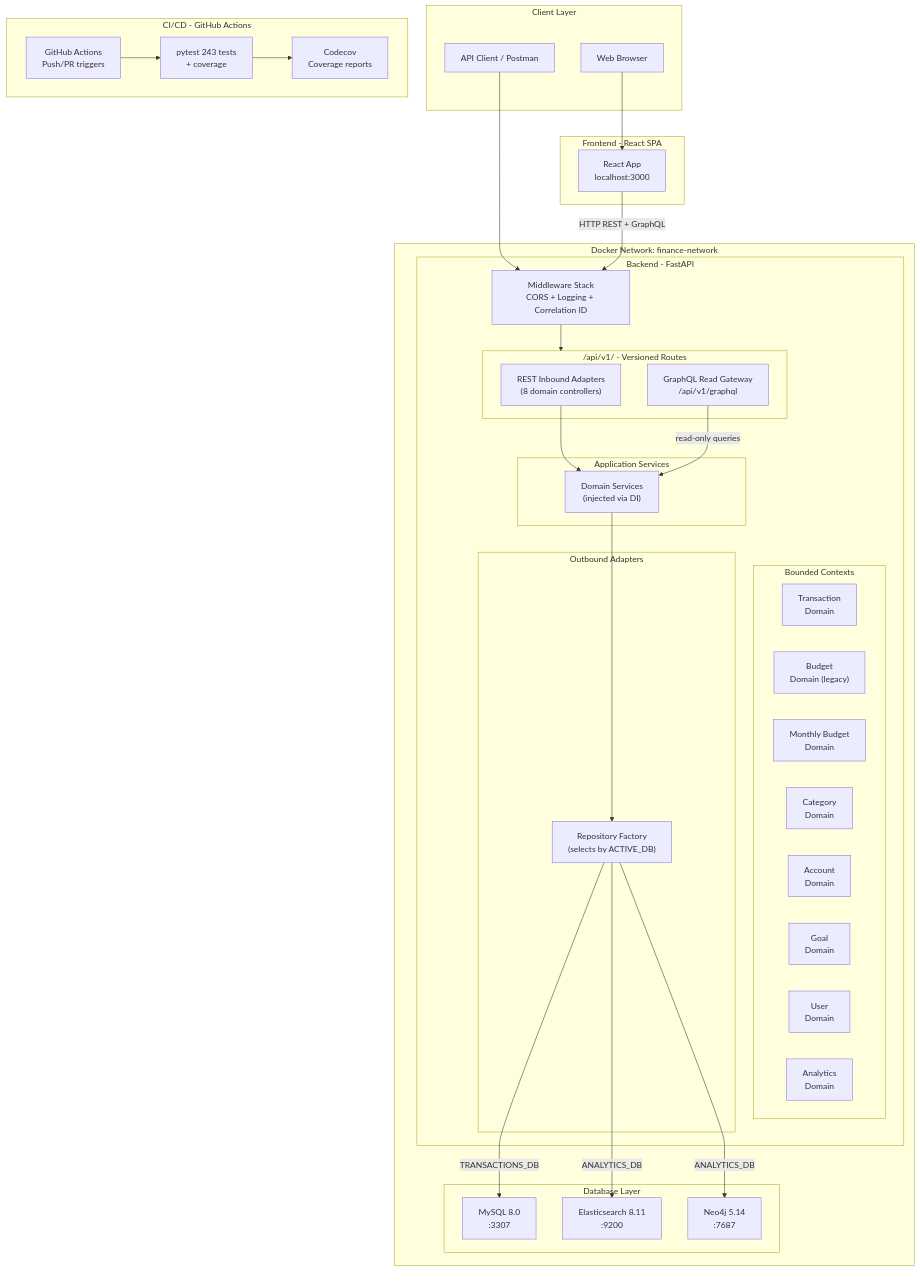
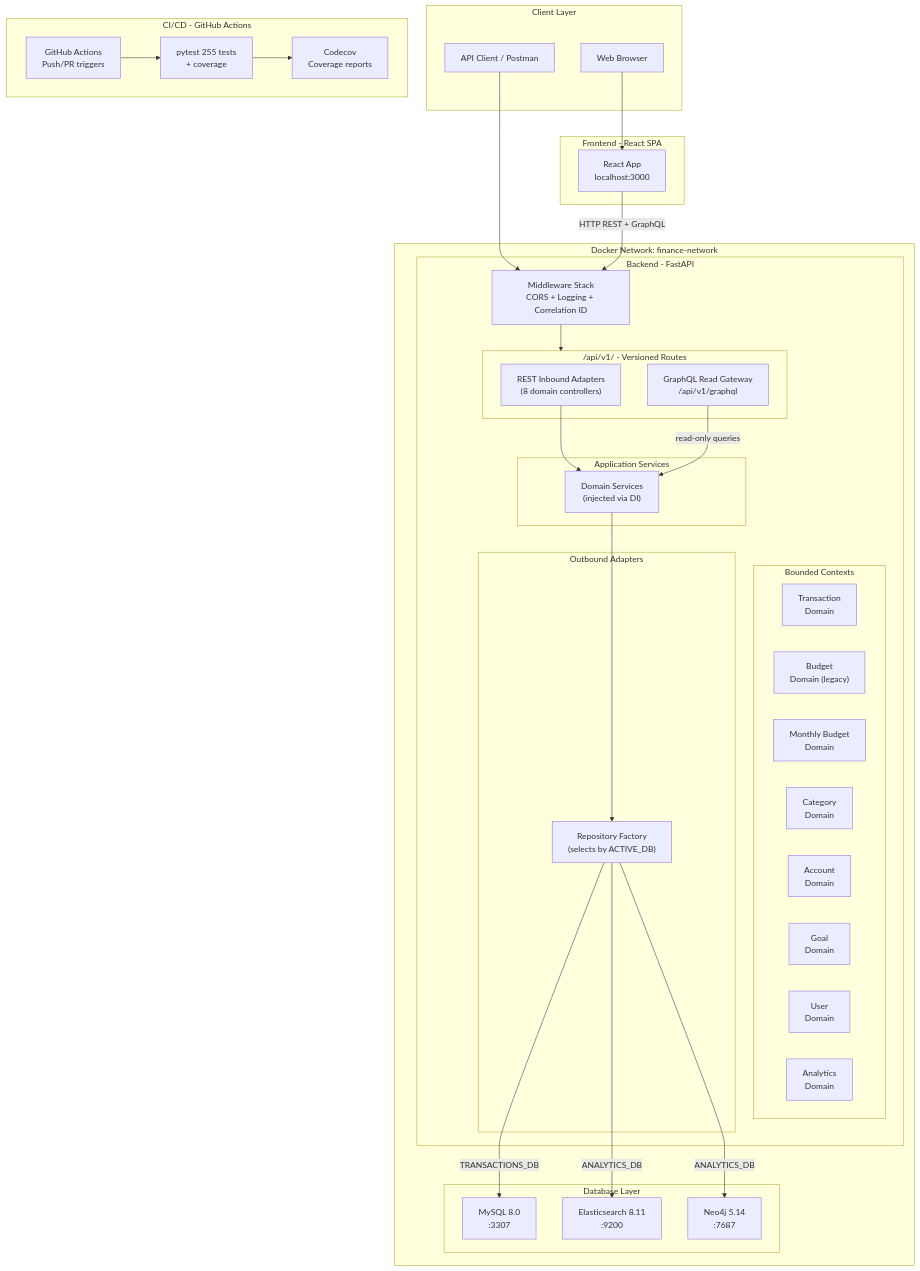
The first of 7 diagrams in docs/MANDATORY_ASSIGNMENT_1_REPORT.md (Jothom2912/Finance-Tracker), drawn with Mermaid before and after one commit. The commit also changed other lines of this file and 6 other files, not shown here.

First line of the commit message:
Update documentation to reflect architecture refactoring

````diff
--- a/docs/MANDATORY_ASSIGNMENT_1_REPORT.md
+++ b/docs/MANDATORY_ASSIGNMENT_1_REPORT.md
@@ -113,66 +113,66 @@
 ```mermaid
 graph TB
     subgraph clients [Client Layer]
         Browser[Web Browser]
         APIClient[API Client / Postman]
     end
 
     subgraph frontend [Frontend - React SPA]
         ReactApp["React App<br/>localhost:3000"]
     end
 
     subgraph docker [Docker Network: finance-network]
         subgraph backend [Backend - FastAPI]
             Middleware["Middleware Stack<br/>CORS + Logging + Correlation ID"]
 
             subgraph v1api ["/api/v1/ - Versioned Routes"]
                 REST_IN["REST Inbound Adapters<br/>(8 domain controllers)"]
                 GQL_IN["GraphQL Read Gateway<br/>/api/v1/graphql"]
             end
 
             subgraph domains [Bounded Contexts]
                 TXN["Transaction<br/>Domain"]
                 BUD["Budget<br/>Domain (legacy)"]
                 MBUD["Monthly Budget<br/>Domain"]
                 CAT["Category<br/>Domain"]
                 ACC["Account<br/>Domain"]
                 GOL["Goal<br/>Domain"]
                 USR["User<br/>Domain"]
                 ANA["Analytics<br/>Domain"]
             end
 
             subgraph appservices [Application Services]
                 SVC["Domain Services<br/>(injected via DI)"]
             end
 
             subgraph outbound [Outbound Adapters]
                 RepoFactory["Repository Factory<br/>(selects by ACTIVE_DB)"]
             end
         end
 
         subgraph databases [Database Layer]
             MySQL["MySQL 8.0<br/>:3307"]
             ES["Elasticsearch 8.11<br/>:9200"]
             Neo4j["Neo4j 5.14<br/>:7687"]
         end
     end
 
     subgraph cicd [CI/CD - GitHub Actions]
         GHA["GitHub Actions<br/>Push/PR triggers"]
-        Tests["pytest 243 tests<br/>+ coverage"]
+        Tests["pytest 255 tests<br/>+ coverage"]
         Codecov["Codecov<br/>Coverage reports"]
     end
 
     Browser --> ReactApp
     APIClient --> Middleware
     ReactApp -->|"HTTP REST + GraphQL"| Middleware
     Middleware --> v1api
     REST_IN --> SVC
     GQL_IN -->|"read-only queries"| SVC
     SVC --> RepoFactory
     RepoFactory -->|"TRANSACTIONS_DB"| MySQL
     RepoFactory -->|"ANALYTICS_DB"| ES
     RepoFactory -->|"ANALYTICS_DB"| Neo4j
     GHA --> Tests
     Tests --> Codecov
 ```
````
